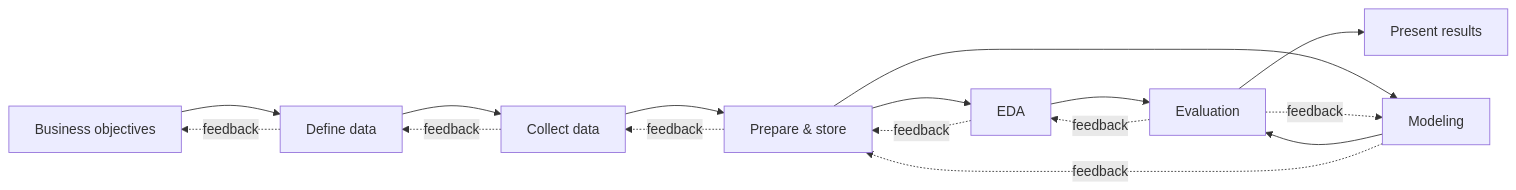
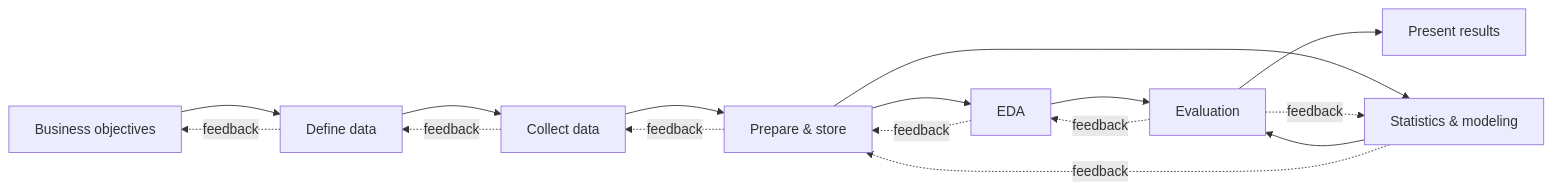
One commit to mario-gellrich-zhaw/data_analytics changed the diagram in Agentic_Data_Analytics_Experiment_LangGraph/README.md. Above: the diagram before and after it, drawn with Mermaid. The commit also changed other lines of this file and 13 other files, not shown here.

````diff
--- a/Agentic_Data_Analytics_Experiment_LangGraph/README.md
+++ b/Agentic_Data_Analytics_Experiment_LangGraph/README.md
@@ -10,14 +10,14 @@
 ```mermaid
 flowchart LR
   BO[Business objectives] --> DD[Define data] --> CD[Collect data] --> PS[Prepare & store]
   PS --> EDA[EDA] --> EV[Evaluation]
-  PS --> MO[Modeling] --> EV
+  PS --> MO[Statistics & modeling] --> EV
   EV --> PR[Present results]
   DD -. feedback .-> BO
   CD -. feedback .-> DD
   PS -. feedback .-> CD
   EDA -. feedback .-> PS
   MO -. feedback .-> PS
   EV -. feedback .-> EDA
   EV -. feedback .-> MO
 ```
````
